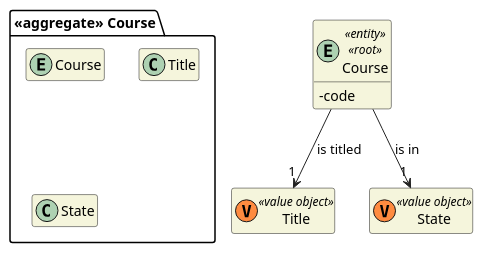
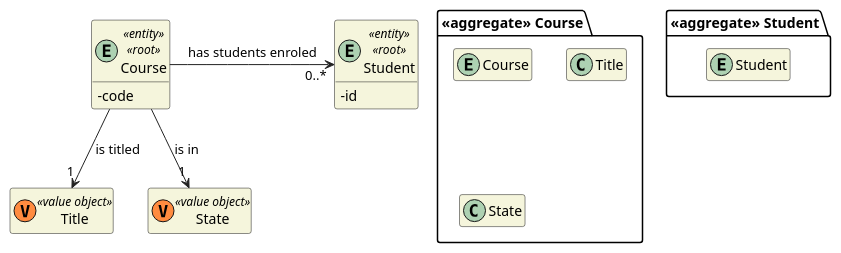
Before and after one commit to miseEnPlace-dev/lapr4: the diagram in docs/DM/DM_Course.puml, drawn with PlantUML. The commit also changed 4 other files, not shown here.

```diff
--- a/docs/DM/DM_Course.puml
+++ b/docs/DM/DM_Course.puml
@@ -1,28 +1,37 @@
 @startuml DM-COURSE
 'https://plantuml.com/class-diagram
 
 skinparam classAttributeIconSize 0
 hide empty attributes
 hide empty methods
 skinparam classBackgroundColor beige
 skinparam ArrowColor #222222
 
 package "<<aggregate>> Course" {
     entity Course
 
     class Title
     class State
 }
 
 entity Course <<entity>> <<root>> {
     - code
 }
 
+package "<<aggregate>> Student" {
+    entity Student
+}
+
+entity Student <<entity>> <<root>> {
+  -id
+}
+
 class Title <<(V,#FF8B40) value object>> {}
 class State <<(V,#FF8B40) value object>> {}
-
 
 Course --> "1" Title : is titled
 Course --> "1" State : is in
 
+Course -> "0..*" Student : has students enroled
+
 @enduml
```
